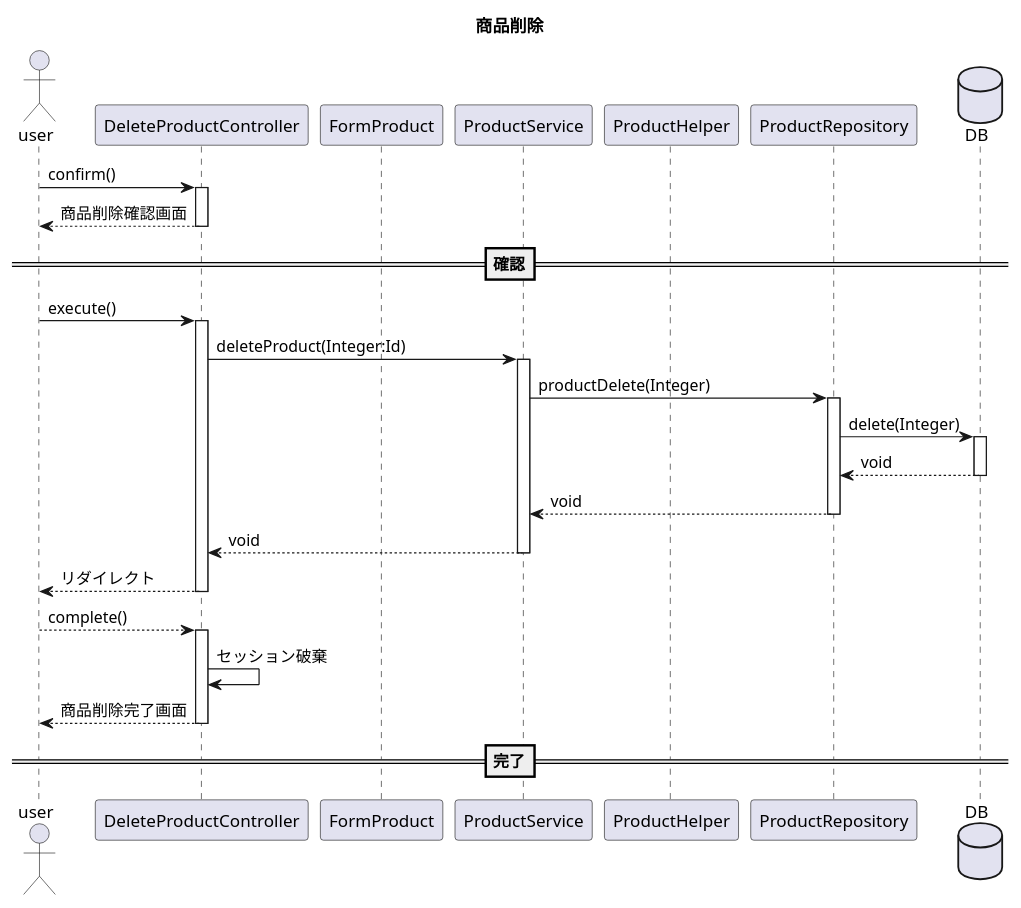
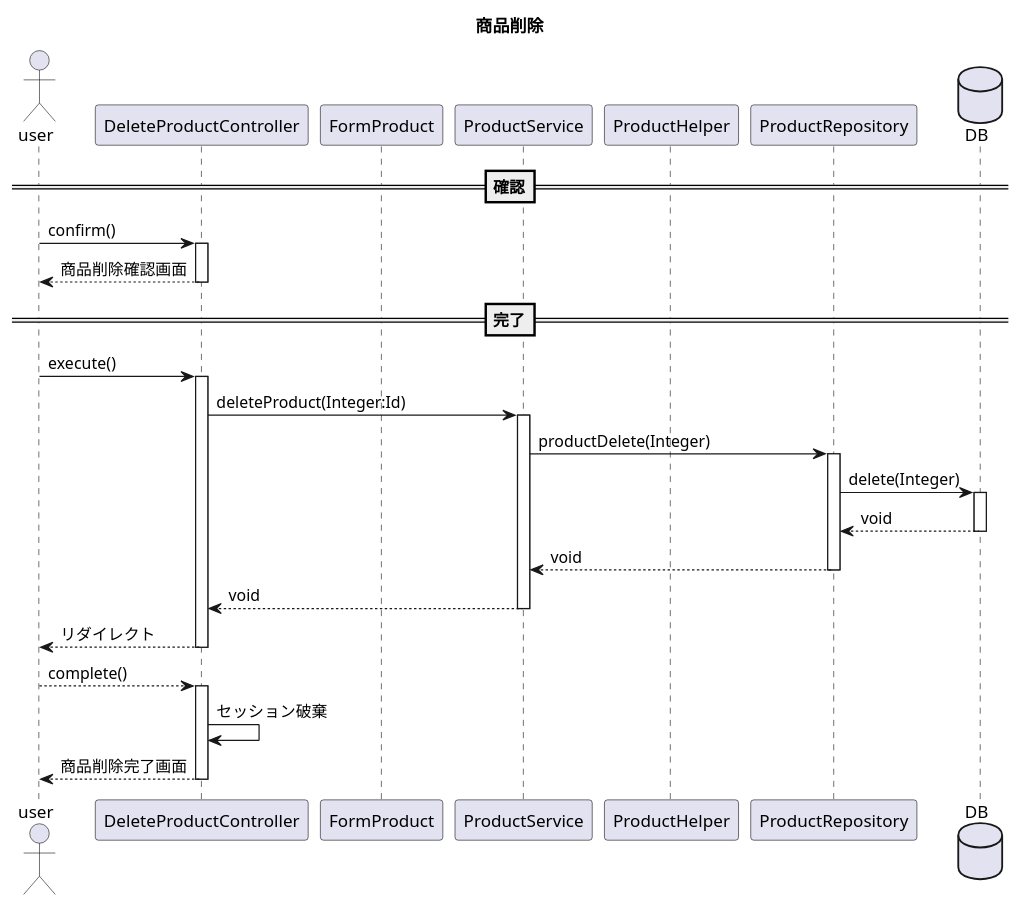
Before and after one commit to kanavii3333/ec-b: the diagram in plan/uml/sequence/uc013.plantuml, drawn with PlantUML. The commit also changed other lines of this file and 6 other files, not shown here.

Commit message:
シーケンス図修正　helper form関連

```diff
--- a/plan/uml/sequence/uc013.plantuml
+++ b/plan/uml/sequence/uc013.plantuml
@@ -1,27 +1,27 @@
 @startuml
 title 商品削除
 actor user
 participant DeleteProductController as Controller
 participant FormProduct as Form
 participant ProductService as Service
 participant ProductHelper as Helper
 participant ProductRepository as Repository
 database DB
 
-
+==確認==
 user -> Controller++:confirm()
 user <-- Controller--:商品削除確認画面
-==確認==
+==完了==
 user -> Controller++:execute()
 Controller -> Service++:deleteProduct(Integer:Id)
 Service -> Repository++:productDelete(Integer)
 Repository -> DB++:delete(Integer)
 Repository <-- DB--:void
 Service <-- Repository--:void
 Controller <-- Service--:void
 user <-- Controller--:リダイレクト
 user --> Controller++:complete()
 Controller -> Controller:セッション破棄
 user <-- Controller--:商品削除完了画面
-==完了==
+
 @enduml
```
